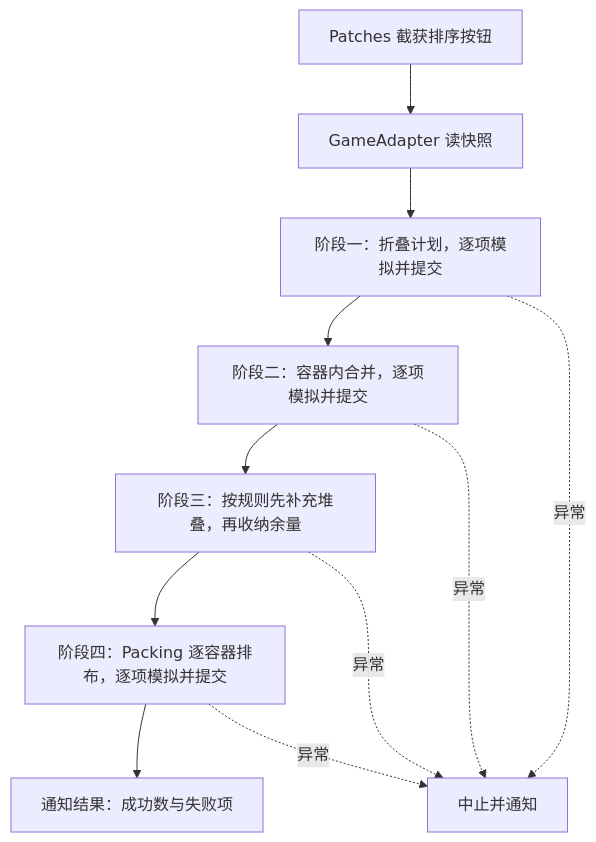
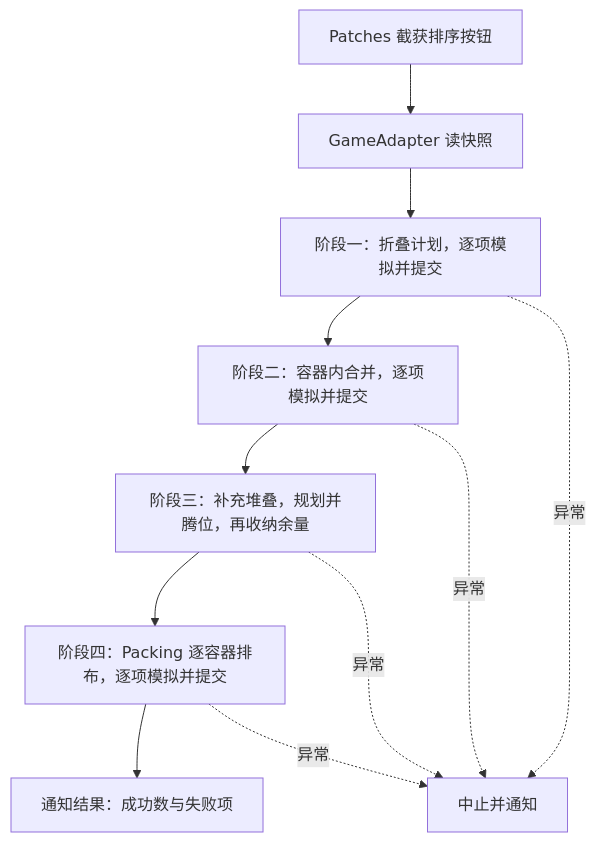
One commit to ChouUn/spt-inventory-organizer changed the second of 2 diagrams in docs/arch.md. Above: the diagram before and after it, drawn with Mermaid. The commit also changed other lines of this file and 22 other files, not shown here.

````diff
--- a/docs/arch.md
+++ b/docs/arch.md
@@ -90,13 +90,13 @@
 ```mermaid
 flowchart TB
     Click[Patches 截获排序按钮] --> Snap[GameAdapter 读快照]
     Snap --> Fold[阶段一：折叠计划，逐项模拟并提交]
     Fold --> Merge[阶段二：容器内合并，逐项模拟并提交]
-    Merge --> Collect[阶段三：按规则先补充堆叠，再收纳余量]
+    Merge --> Collect[阶段三：补充堆叠，规划并腾位，再收纳余量]
     Collect --> Pack[阶段四：Packing 逐容器排布，逐项模拟并提交]
     Pack --> Notify[通知结果：成功数与失败项]
     Fold -. 异常 .-> Abort[中止并通知]
     Merge -. 异常 .-> Abort
     Collect -. 异常 .-> Abort
     Pack -. 异常 .-> Abort
 ```
````
